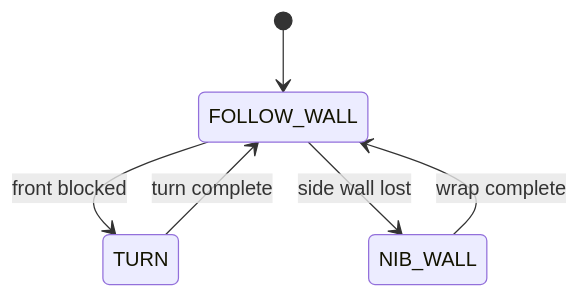
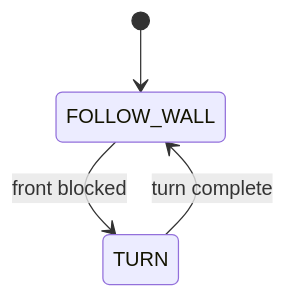
Before and after one commit to TempeHS/RP2040_Competition_Robot: the diagram in docs/Challenge_6.md, drawn with Mermaid. The commit also changed other lines of this file and 4 other files, not shown here.

````diff
--- a/docs/Challenge_6.md
+++ b/docs/Challenge_6.md
@@ -40,8 +40,6 @@
 ```mermaid
 stateDiagram-v2
     [*] --> FOLLOW_WALL
     FOLLOW_WALL --> TURN: front blocked
-    FOLLOW_WALL --> NIB_WALL: side wall lost
     TURN --> FOLLOW_WALL: turn complete
-    NIB_WALL --> FOLLOW_WALL: wrap complete
 ```
````
